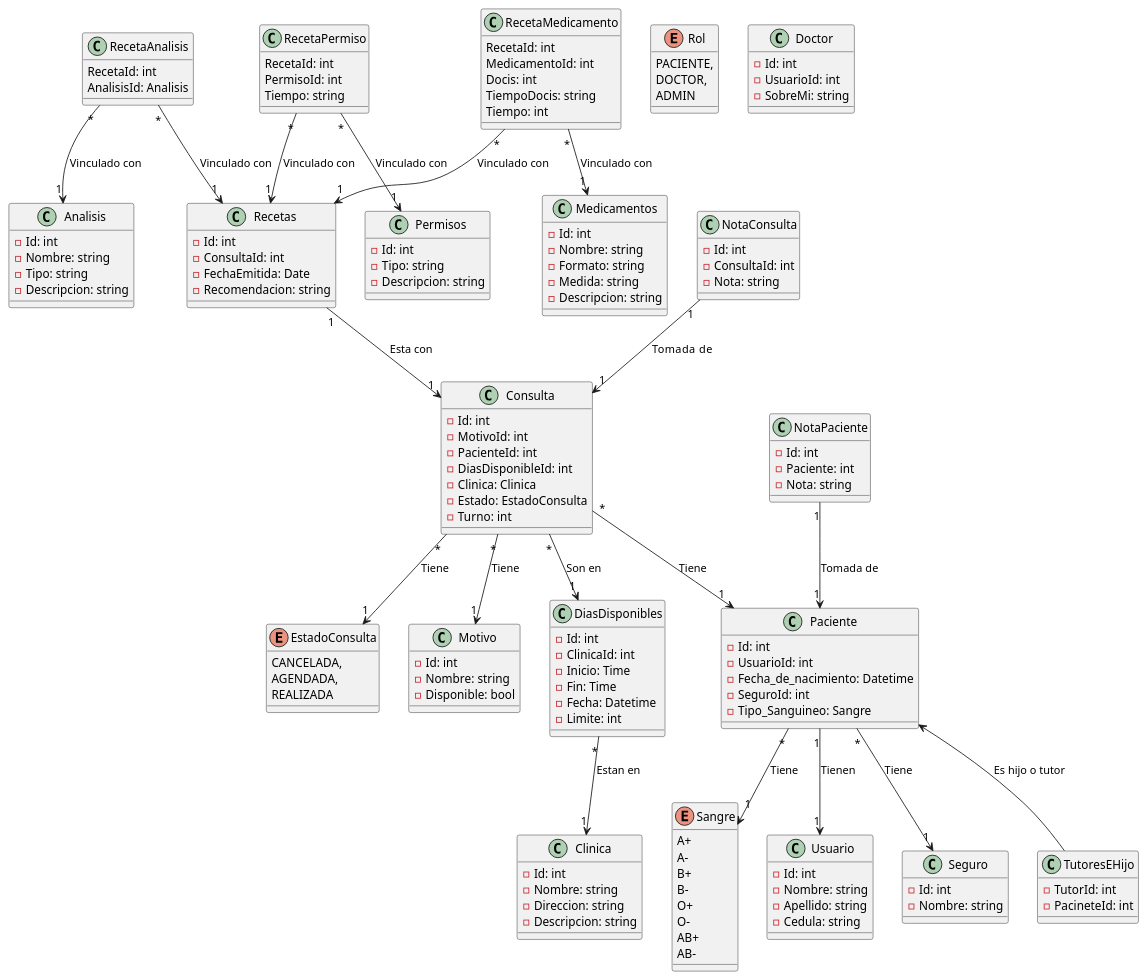
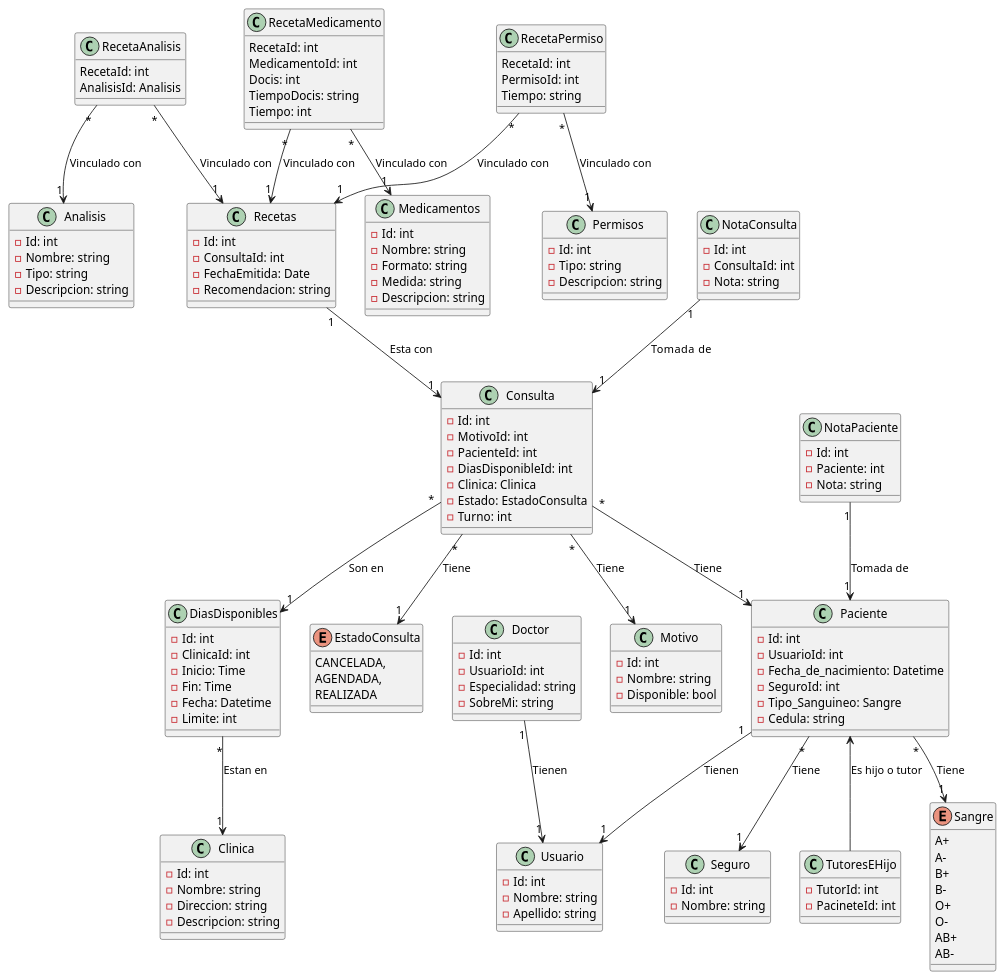
The diagram in Projects/Final Project/Documentation/Diagrams/Diagrama de clases.plantuml (crhistian-bytebrisa/ITLA-Programing-2-HomeWork), drawn with PlantUML before and after one commit. The commit also changed 32 other files, not shown here.

```diff
--- a/Projects/Final Project/Documentation/Diagrams/Diagrama de clases.plantuml
+++ b/Projects/Final Project/Documentation/Diagrams/Diagrama de clases.plantuml
@@ -1,170 +1,167 @@
 @startuml
 
 ' Clases principales
 class Usuario {
     -Id: int
     -Nombre: string
     -Apellido: string
-    -Cedula: string
 }
 
-enum Rol {
-    PACIENTE,
-    DOCTOR,
-    ADMIN
-}
 
 class Paciente {
     -Id: int
     -UsuarioId: int
     -Fecha_de_nacimiento: Datetime 
     -SeguroId: int
     -Tipo_Sanguineo: Sangre
+    -Cedula: string
 }
 
 class Doctor {
     -Id: int
     -UsuarioId: int
+    -Especialidad: string
     -SobreMi: string
 }
 
 class Seguro {
     -Id: int
     -Nombre: string
 }
 
 class TutoresEHijo
 {
     -TutorId: int
     -PacineteId: int
 }
 
 class Motivo{
     -Id: int
     -Nombre: string
     -Disponible: bool
 }
 
 class Clinica {
     -Id: int 
     -Nombre: string
     -Direccion: string
     -Descripcion: string
 }
 
 class DiasDisponibles {
     -Id: int
     -ClinicaId: int 
     -Inicio: Time
     -Fin: Time 
     -Fecha: Datetime
     -Limite: int
 }
 
 class Consulta{
     -Id: int
     -MotivoId: int 
     -PacienteId: int
     -DiasDisponibleId: int
     -Clinica: Clinica
     -Estado: EstadoConsulta
     -Turno: int
 }
 
 class Recetas {
     -Id: int
     -ConsultaId: int
     -FechaEmitida: Date
     -Recomendacion: string
 }
 
 class Permisos {
     -Id: int 
     -Tipo: string
     -Descripcion: string
 }
 
 class Medicamentos {
     -Id: int
     -Nombre: string
     -Formato: string
     -Medida: string
     -Descripcion: string
 }
 
 class Analisis {
     -Id: int 
     -Nombre: string
     -Tipo: string
     -Descripcion: string
 }
 
 class RecetaAnalisis{
     RecetaId: int
     AnalisisId: Analisis
 }
 
 class RecetaMedicamento {
     RecetaId: int
     MedicamentoId: int
     Docis: int
     TiempoDocis: string
     Tiempo: int
 }
 
 class RecetaPermiso {
     RecetaId: int
     PermisoId: int
     Tiempo: string
 }
 
 class NotaConsulta {
     -Id: int
     -ConsultaId: int
     -Nota: string 
 }
 
 class NotaPaciente {
     -Id: int
     -Paciente: int
     -Nota: string
 }
 
 
 enum Sangre{
     A+
     A-
     B+
     B-
     O+
     O-
     AB+
     AB-
 }
 
 enum EstadoConsulta{
     CANCELADA,
     AGENDADA,
     REALIZADA
 }
 
 ' Relaciones
 Paciente  <-- TutoresEHijo : Es hijo o tutor
 Paciente "*" --> "1" Seguro : Tiene 
 Paciente "*" --> "1" Sangre : Tiene
 Consulta "*" --> "1" Motivo : Tiene
 Consulta "*" -->  "1" EstadoConsulta : Tiene
 Consulta "*" --> "1" Paciente : Tiene
 Consulta "*" --> "1" DiasDisponibles : Son en  
 NotaConsulta "1" --> "1" Consulta : Tomada  de
 NotaPaciente "1" --> "1" Paciente : Tomada de
 DiasDisponibles "*" --> "1" Clinica : Estan en
 Recetas "1" --> "1" Consulta : Esta con
 RecetaAnalisis "*" --> "1" Recetas : Vinculado con
 RecetaAnalisis "*" --> "1" Analisis : Vinculado con
 RecetaMedicamento "*" --> "1" Recetas : Vinculado con
 RecetaMedicamento "*" --> "1" Medicamentos : Vinculado con
 RecetaPermiso "*" --> "1" Recetas : Vinculado con
 RecetaPermiso "*" --> "1" Permisos : Vinculado con
 Paciente "1" --> "1" Usuario : Tienen
+Doctor  "1" --> "1" Usuario : Tienen
 @enduml
```
